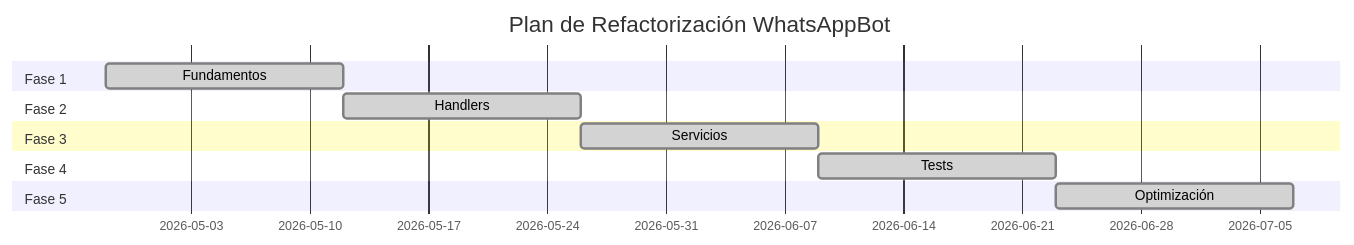
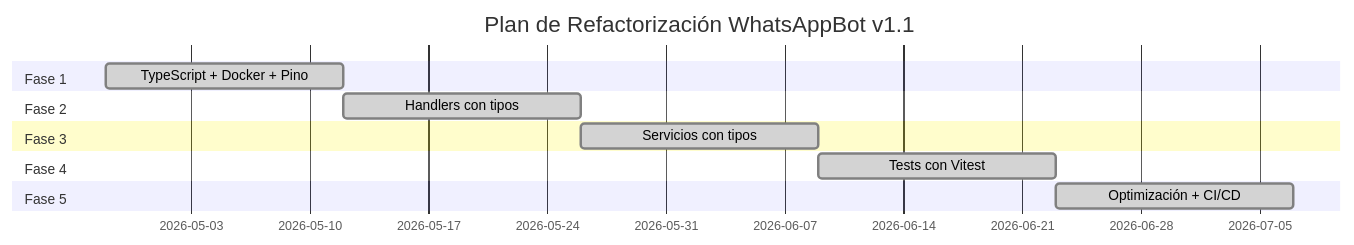
The second of 2 diagrams in docs/proposals/PROPOSAL-001.md (dvydll/whatsapp-bot), drawn with Mermaid before and after one commit. The commit also changed other lines of this file, not shown here.

````diff
--- a/docs/proposals/PROPOSAL-001.md
+++ b/docs/proposals/PROPOSAL-001.md
@@ -270,20 +402,20 @@
 ```mermaid
 gantt
-    title Plan de Refactorización WhatsAppBot
+    title Plan de Refactorización WhatsAppBot v1.1
     dateFormat  YYYY-MM-DD
 
     section Fase 1
-    Fundamentos                    :done, 2026-04-28, 14d
+    TypeScript + Docker + Pino        :done, 2026-04-28, 14d
 
     section Fase 2
-    Handlers                       :done, 2026-05-12, 14d
+    Handlers con tipos              :done, 2026-05-12, 14d
 
     section Fase 3
-    Servicios                      :done, 2026-05-26, 14d
+    Servicios con tipos            :done, 2026-05-26, 14d
 
     section Fase 4
-    Tests                          :done, 2026-06-09, 14d
+    Tests con Vitest               :done, 2026-06-09, 14d
 
     section Fase 5
-    Optimización                   :done, 2026-06-23, 14d
+    Optimización + CI/CD           :done, 2026-06-23, 14d
 ```
````
